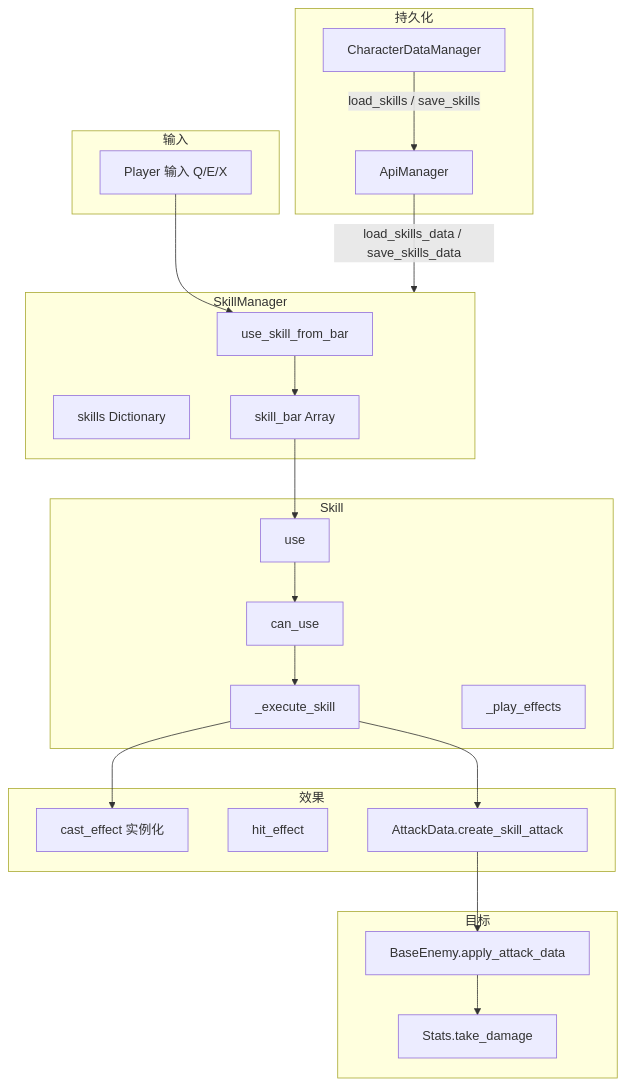
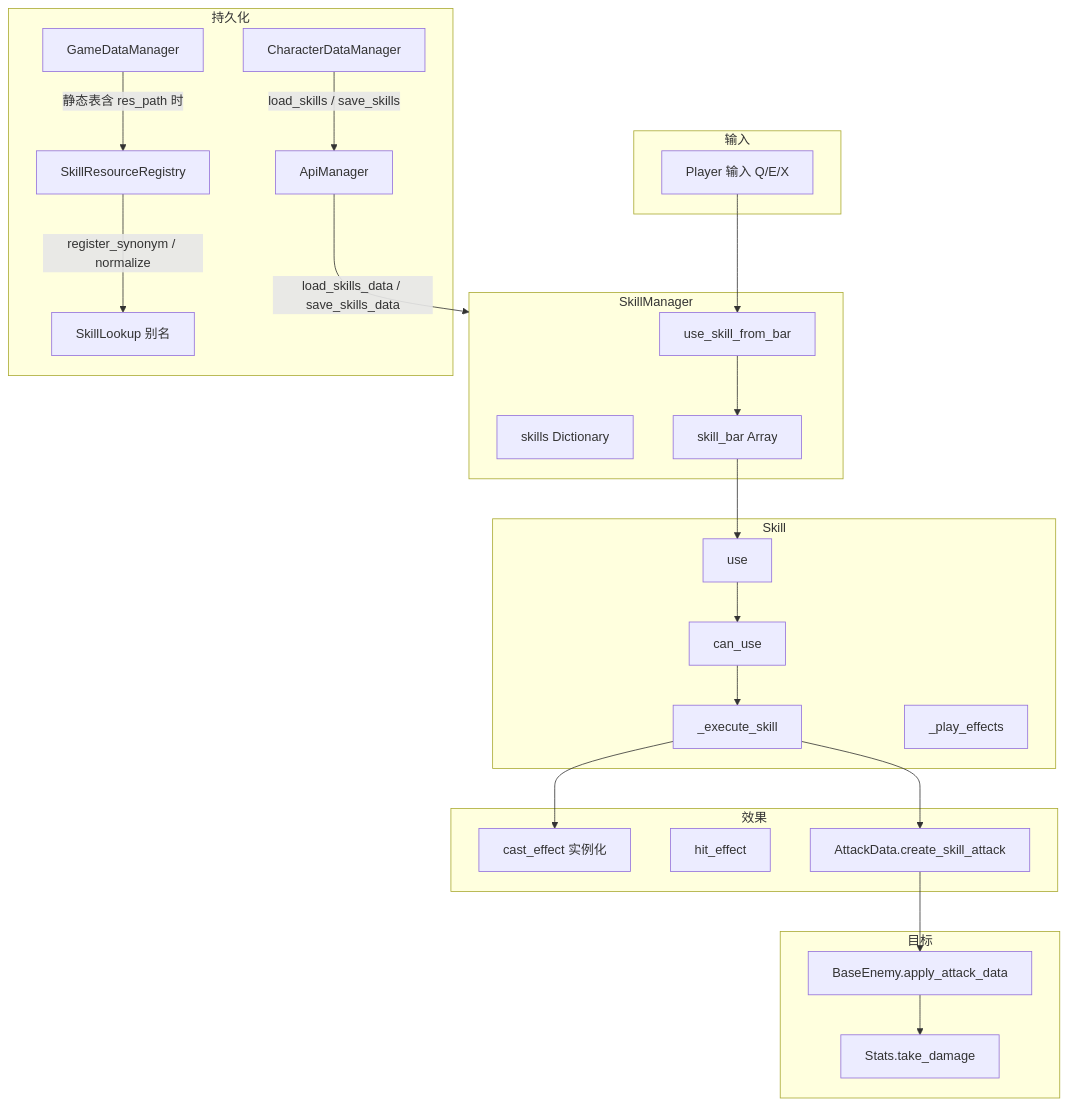
Before and after one commit to baixuan297/Human-Disaster: the diagram in docs/SKILL_SYSTEM.md, drawn with Mermaid. The commit also changed other lines of this file and 117 other files, not shown here.

````diff
--- a/docs/SKILL_SYSTEM.md
+++ b/docs/SKILL_SYSTEM.md
@@ -24,41 +28,46 @@
 ```mermaid
 flowchart TB
     subgraph input [输入]
         PlayerInput[Player 输入 Q/E/X]
     end
     subgraph manager [SkillManager]
         UseFromBar[use_skill_from_bar]
         SkillDict[skills Dictionary]
         SkillBar[skill_bar Array]
     end
     subgraph skill [Skill]
         Use[use]
         CanUse[can_use]
         Execute[_execute_skill]
         Effects[_play_effects]
     end
     subgraph effect [效果]
         CastEffect[cast_effect 实例化]
         HitEffect[hit_effect]
         AttackData[AttackData.create_skill_attack]
     end
     subgraph target [目标]
         Enemy[BaseEnemy.apply_attack_data]
         Stats[Stats.take_damage]
     end
     subgraph persist [持久化]
         CharData[CharacterDataManager]
         ApiManager[ApiManager]
+        Gdm[GameDataManager]
+        SkillLookup[SkillLookup 别名]
+        Reg[SkillResourceRegistry]
     end
     PlayerInput --> UseFromBar
     UseFromBar --> SkillBar
     SkillBar --> Use
     Use --> CanUse
     CanUse --> Execute
     Execute --> CastEffect
     Execute --> AttackData
     AttackData --> Enemy
     Enemy --> Stats
     CharData -->|"load_skills / save_skills"| ApiManager
     ApiManager -->|"load_skills_data / save_skills_data"| manager
+    Gdm -->|静态表含 res_path 时| Reg
+    Reg -->|register_synonym / normalize| SkillLookup
 ```
````
